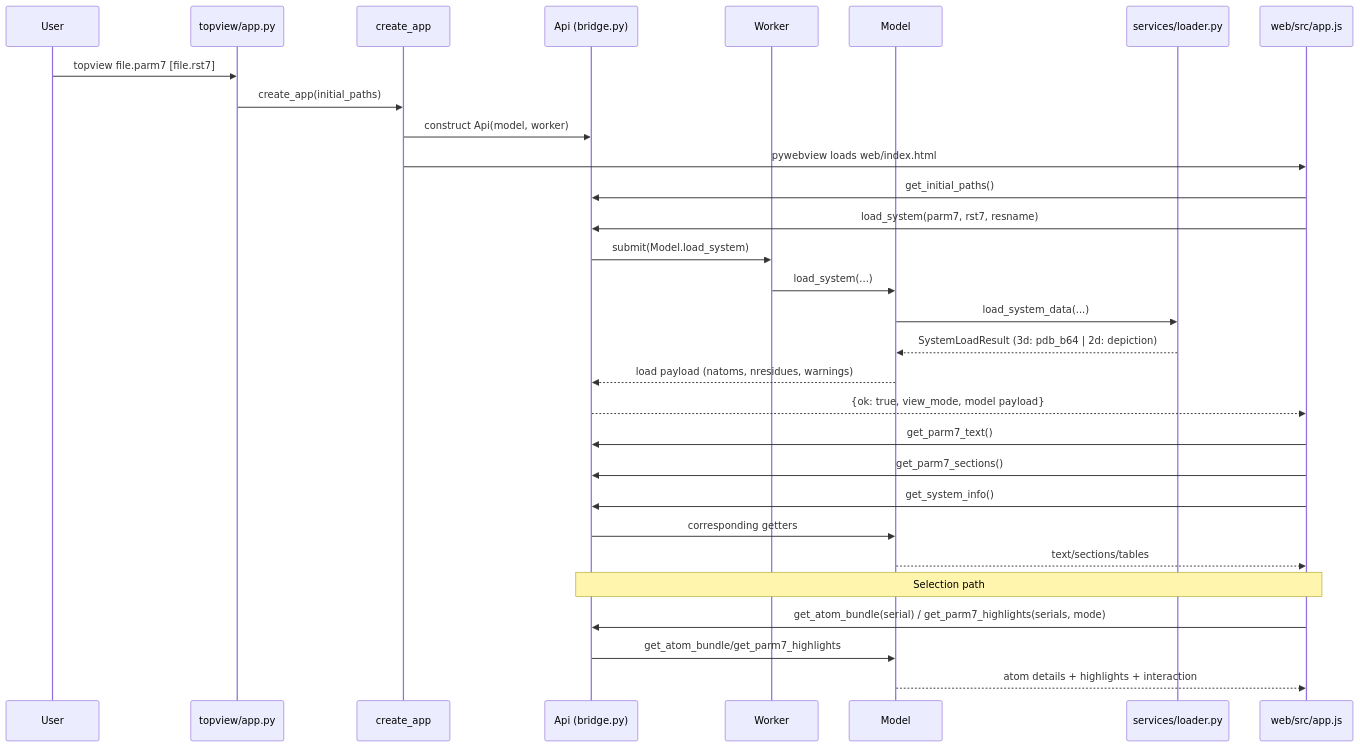
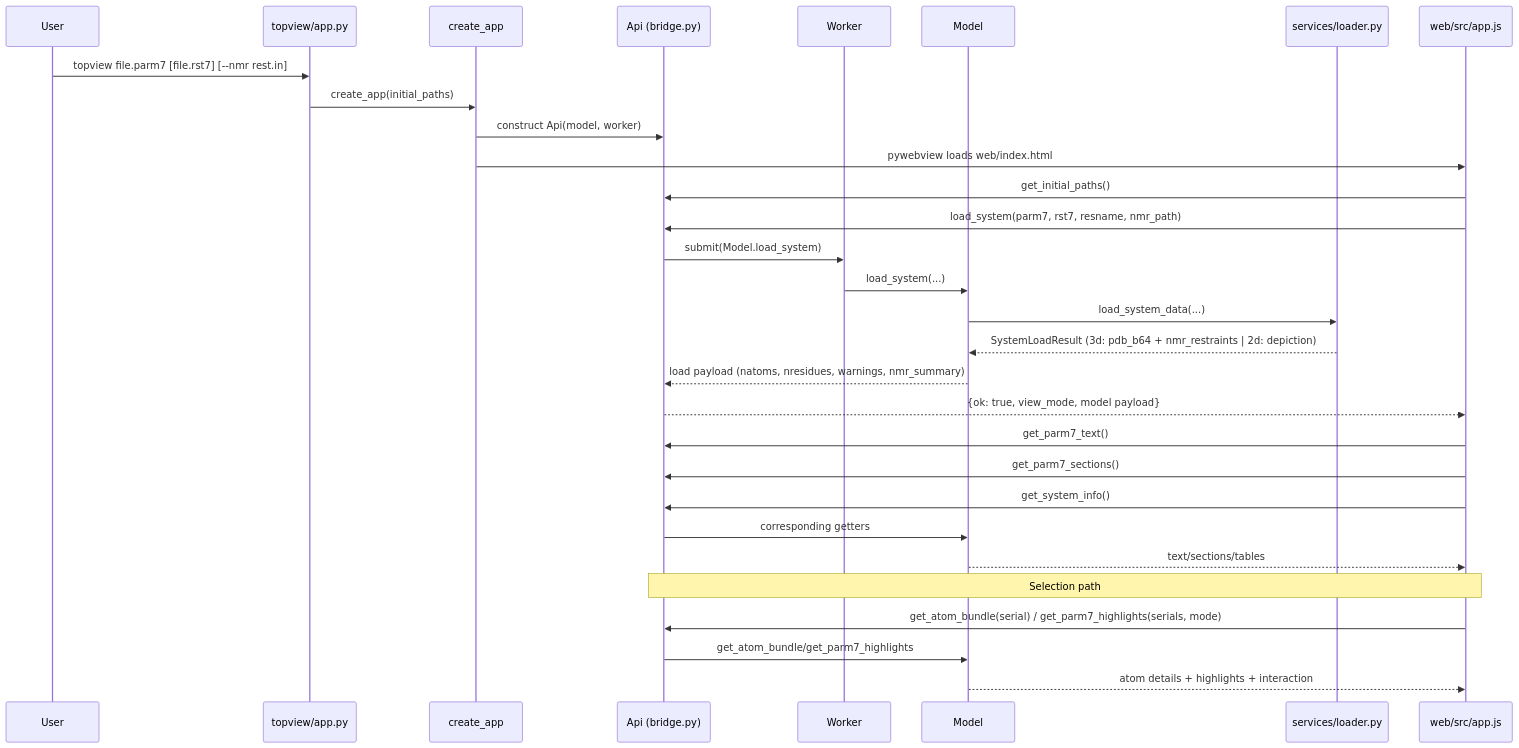
The diagram in codebase-docs/assets/main-execution-sequence.mmd (pgbarletta/topview), drawn with Mermaid before and after one commit. The commit also changed 22 other files, not shown here.

```diff
--- a/codebase-docs/assets/main-execution-sequence.mmd
+++ b/codebase-docs/assets/main-execution-sequence.mmd
@@ -1,32 +1,32 @@
 sequenceDiagram
   participant User
   participant CLI as topview/app.py
   participant App as create_app
   participant API as Api (bridge.py)
   participant Worker
   participant Model
   participant Loader as services/loader.py
   participant UI as web/src/app.js
 
-  User->>CLI: topview file.parm7 [file.rst7]
+  User->>CLI: topview file.parm7 [file.rst7] [--nmr rest.in]
   CLI->>App: create_app(initial_paths)
   App->>API: construct Api(model, worker)
   App->>UI: pywebview loads web/index.html
   UI->>API: get_initial_paths()
-  UI->>API: load_system(parm7, rst7, resname)
+  UI->>API: load_system(parm7, rst7, resname, nmr_path)
   API->>Worker: submit(Model.load_system)
   Worker->>Model: load_system(...)
   Model->>Loader: load_system_data(...)
-  Loader-->>Model: SystemLoadResult (3d: pdb_b64 | 2d: depiction)
-  Model-->>API: load payload (natoms, nresidues, warnings)
+  Loader-->>Model: SystemLoadResult (3d: pdb_b64 + nmr_restraints | 2d: depiction)
+  Model-->>API: load payload (natoms, nresidues, warnings, nmr_summary)
   API-->>UI: {ok: true, view_mode, model payload}
   UI->>API: get_parm7_text()
   UI->>API: get_parm7_sections()
   UI->>API: get_system_info()
   API->>Model: corresponding getters
   Model-->>UI: text/sections/tables
 
   Note over UI,API: Selection path
   UI->>API: get_atom_bundle(serial) / get_parm7_highlights(serials, mode)
   API->>Model: get_atom_bundle/get_parm7_highlights
   Model-->>UI: atom details + highlights + interaction
```
